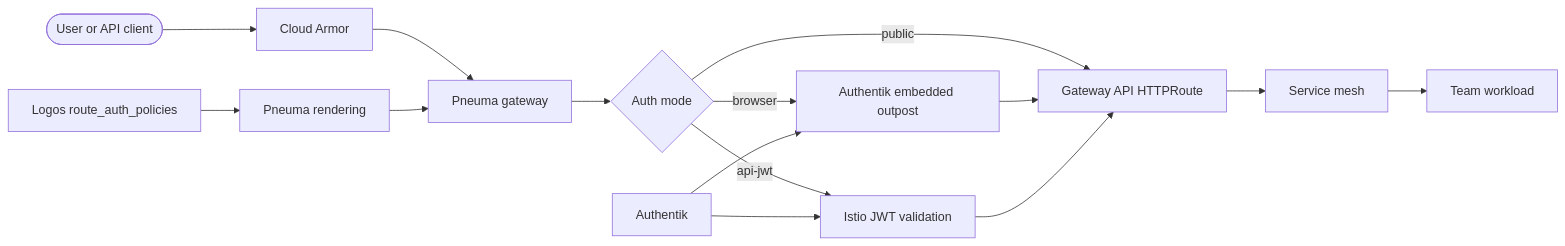
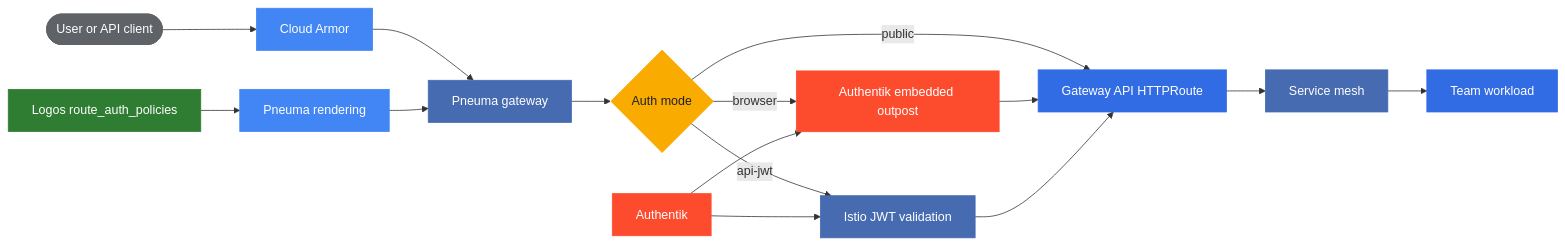
Before and after one commit to osinfra-io/pt-ekklesia-docs: the diagram in docs/platform-grouping/pneuma/gateway-authentication.md, drawn with Mermaid.

Commit message:
Style gateway authentication diagram

````diff
--- a/docs/platform-grouping/pneuma/gateway-authentication.md
+++ b/docs/platform-grouping/pneuma/gateway-authentication.md
@@ -21,18 +21,26 @@
 ```mermaid
 flowchart LR
-    Client([User or API client]) --> Armor[Cloud Armor]
-    Armor --> Gateway[Pneuma gateway]
+    classDef client fill:#5F6368,stroke:#5F6368,color:#fff
+    classDef gcp fill:#4285F4,stroke:#4285F4,color:#fff
+    classDef istio fill:#466BB0,stroke:#466BB0,color:#fff
+    classDef authentik fill:#FD4B2D,stroke:#FD4B2D,color:#fff
+    classDef kubernetes fill:#326CE5,stroke:#326CE5,color:#fff
+    classDef logos fill:#2E7D32,stroke:#2E7D32,color:#fff
+    classDef decision fill:#F9AB00,stroke:#F9AB00,color:#202124
+
+    Client([User or API client]):::client --> Armor[Cloud Armor]:::gcp
+    Armor --> Gateway[Pneuma gateway]:::istio
     Gateway --> Mode{Auth mode}
-    Mode -->|browser| Outpost[Authentik embedded outpost]
-    Mode -->|api-jwt| JWT[Istio JWT validation]
-    Mode -->|public| Route[Gateway API HTTPRoute]
+    Mode:::decision -->|browser| Outpost[Authentik embedded outpost]:::authentik
+    Mode -->|api-jwt| JWT[Istio JWT validation]:::istio
+    Mode -->|public| Route[Gateway API HTTPRoute]:::kubernetes
     Outpost --> Route
     JWT --> Route
-    Route --> Mesh[Service mesh]
-    Mesh --> Workload[Team workload]
+    Route --> Mesh[Service mesh]:::istio
+    Mesh --> Workload[Team workload]:::kubernetes
 
-    Logos[Logos route_auth_policies] --> Pneuma[Pneuma rendering]
+    Logos[Logos route_auth_policies]:::logos --> Pneuma[Pneuma rendering]:::gcp
     Pneuma --> Gateway
-    Authentik[Authentik] --> Outpost
+    Authentik[Authentik]:::authentik --> Outpost
     Authentik --> JWT
 ```
````
